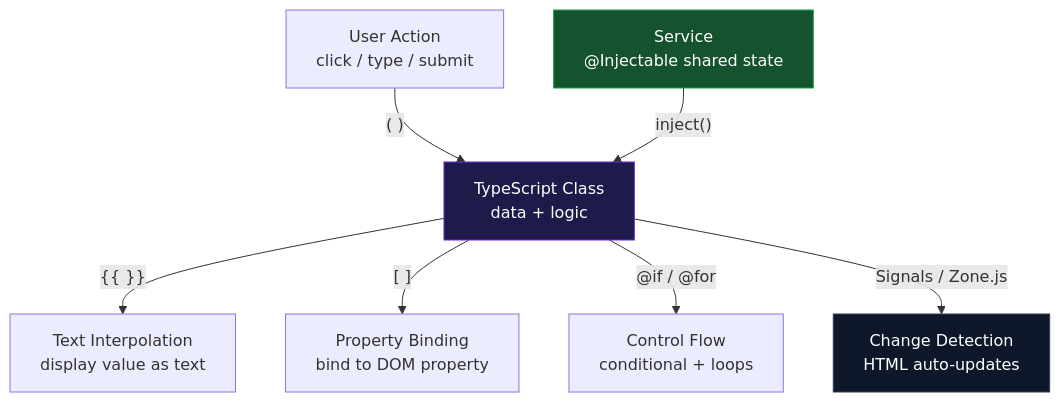
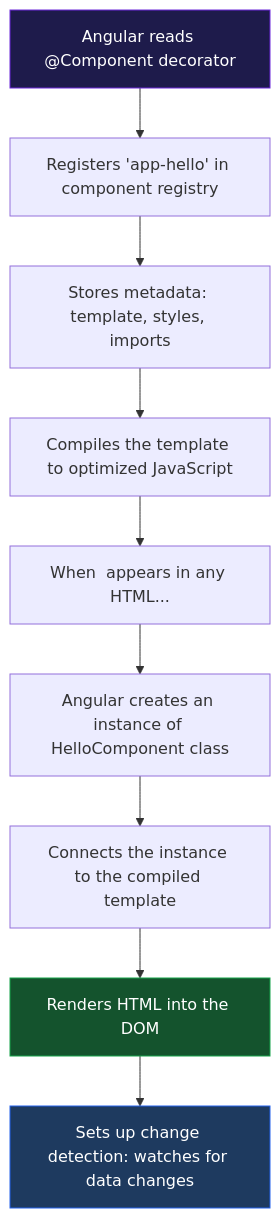
The second of 3 diagrams in angular/new/02-Angular-Architecture.md (muhammad-khaled-tech/My-Study-Notes), drawn with Mermaid before and after one commit. The commit also changed other lines of this file and 3 other files, not shown here.

````diff
--- a/angular/new/02-Angular-Architecture.md
+++ b/angular/new/02-Angular-Architecture.md
@@ -709,13 +188,15 @@
 ```mermaid
 flowchart TD
-    A["TypeScript Class<br/>data + logic"] -->|"{{ }}"| B["Text Interpolation<br/>display value as text"]
-    A -->|"[ ]"| C["Property Binding<br/>bind to DOM property"]
-    D["User Action<br/>click / type / submit"] -->|"( )"| A
-    A -->|"@if / @for"| E["Control Flow<br/>conditional + loops"]
-    F["Service<br/>@Injectable shared state"] -->|"inject()"| A
-    A -->|"Signals / Zone.js"| G["Change Detection<br/>HTML auto-updates"]
+    A["Angular reads @Component decorator"] --> B["Registers 'app-hello' in component registry"]
+    B --> C["Stores metadata: template, styles, imports"]
+    C --> D["Compiles the template to optimized JavaScript"]
+    D --> E["When <app-hello> appears in any HTML..."]
+    E --> F["Angular creates an instance of HelloComponent class"]
+    F --> G["Connects the instance to the compiled template"]
+    G --> H["Renders HTML into the DOM"]
+    H --> I["Sets up change detection: watches for data changes"]
 
     style A fill:#1e1b4b,color:#fff,stroke:#6d28d9
-    style F fill:#14532d,color:#fff,stroke:#16a34a
-    style G fill:#0f172a,color:#fff,stroke:#334155
+    style H fill:#14532d,color:#fff,stroke:#16a34a
+    style I fill:#1e3a5f,color:#fff,stroke:#2563eb
 ```
````
